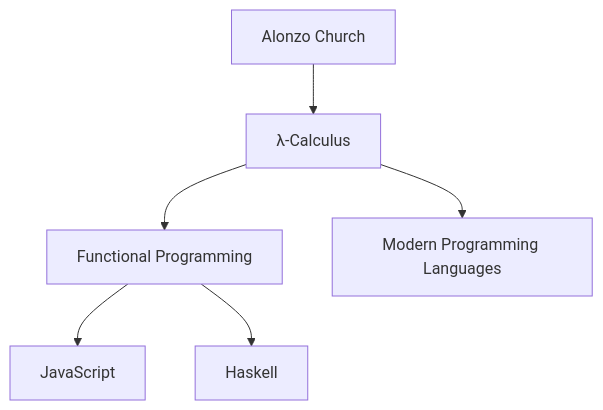
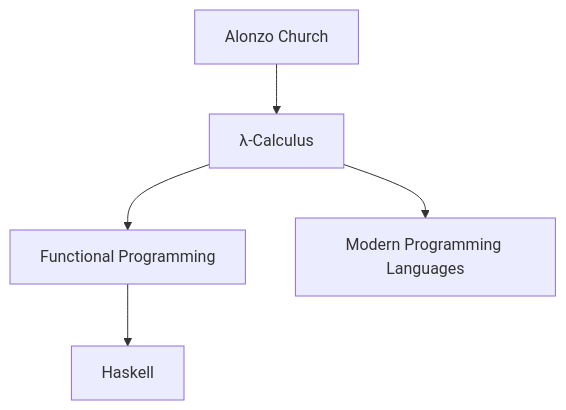
Before and after one commit to 42jerrykim/42jerrykim.github.io: the seventh of 10 diagrams in content/post/2024/2024-11-08-Alonzo-Church/index.md, drawn with Mermaid. The commit also changed other lines of this file, not shown here.

````diff
--- a/content/post/2024/2024-11-08-Alonzo-Church/index.md
+++ b/content/post/2024/2024-11-08-Alonzo-Church/index.md
@@ -380,8 +392,7 @@
 ```mermaid
 graph TD;
     A[Alonzo Church] --> B[λ-Calculus]
     B --> C[Functional Programming]
     B --> D[Modern Programming Languages]
-    C --> E[JavaScript]
     C --> F[Haskell]
 ```
````
